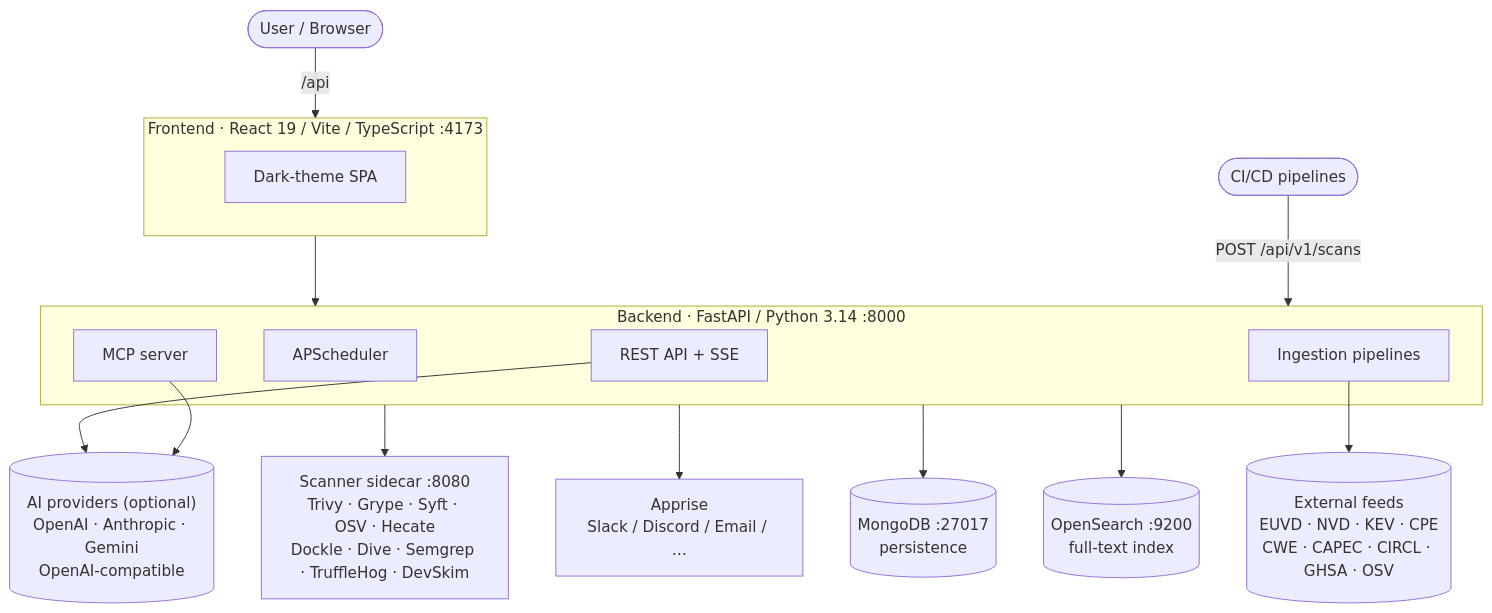
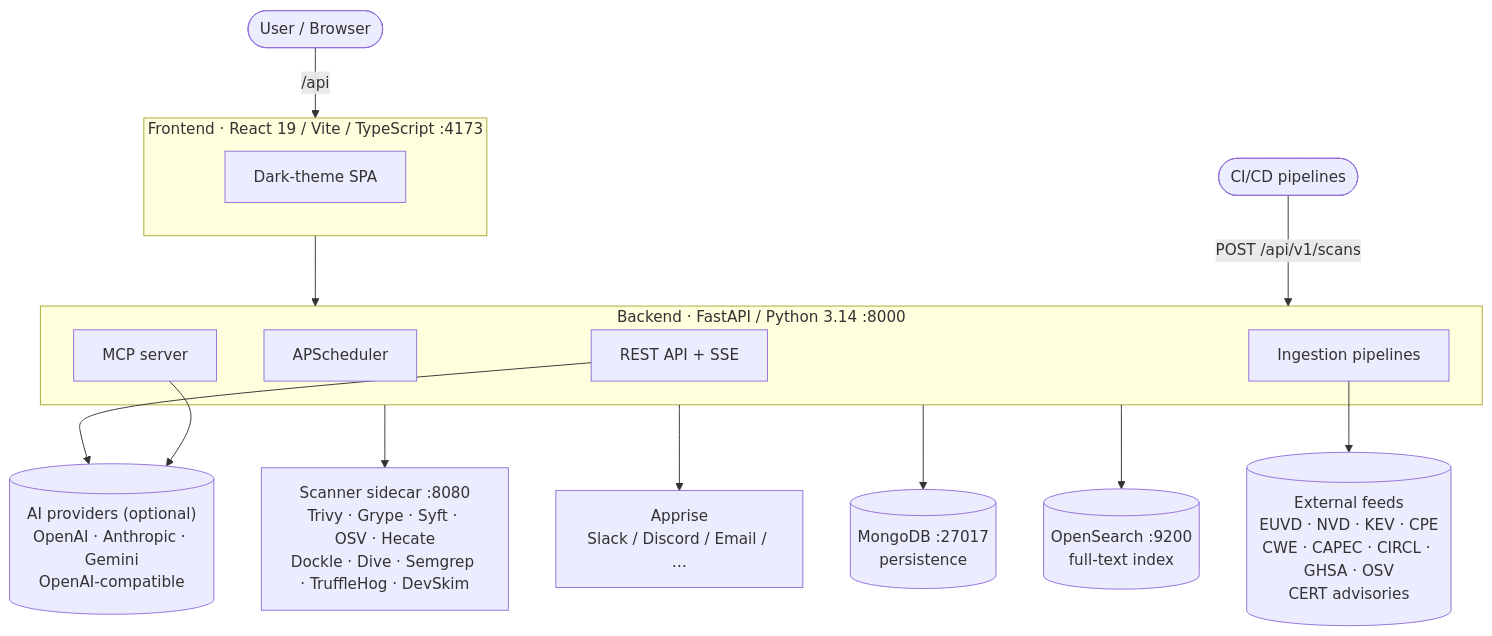
The diagram in README.md (0x3e4/hecate), drawn with Mermaid before and after one commit. The commit also changed other lines of this file and 17 other files, not shown here.

````diff
--- a/README.md
+++ b/README.md
@@ -98,36 +98,36 @@
 ```mermaid
 flowchart TB
     User([User / Browser])
     CICD([CI/CD pipelines])
 
     subgraph Frontend["Frontend · React 19 / Vite / TypeScript :4173"]
         SPA[Dark-theme SPA]
     end
 
     subgraph Backend["Backend · FastAPI / Python 3.14 :8000"]
         API[REST API + SSE]
         Scheduler[APScheduler]
         Pipelines[Ingestion pipelines]
         MCP[MCP server]
     end
 
     Scanner["Scanner sidecar :8080<br/>Trivy · Grype · Syft · OSV · Hecate<br/>Dockle · Dive · Semgrep · TruffleHog · DevSkim"]
     Apprise["Apprise<br/>Slack / Discord / Email / …"]
 
     Mongo[("MongoDB :27017<br/>persistence")]
     OS[("OpenSearch :9200<br/>full-text index")]
 
-    Feeds[("External feeds<br/>EUVD · NVD · KEV · CPE<br/>CWE · CAPEC · CIRCL · GHSA · OSV")]
+    Feeds[("External feeds<br/>EUVD · NVD · KEV · CPE<br/>CWE · CAPEC · CIRCL · GHSA · OSV<br/>CERT advisories")]
     AI[("AI providers (optional)<br/>OpenAI · Anthropic · Gemini<br/>OpenAI-compatible")]
 
     User -->|/api| Frontend
     Frontend --> Backend
     CICD -->|POST /api/v1/scans| Backend
     Backend --> Scanner
     Backend --> Apprise
     Backend --> Mongo
     Backend --> OS
     Pipelines --> Feeds
     API --> AI
     MCP --> AI
 ```
````
